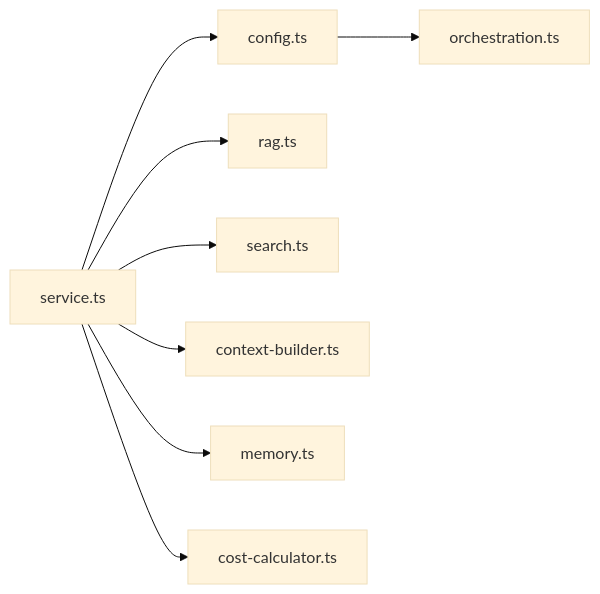
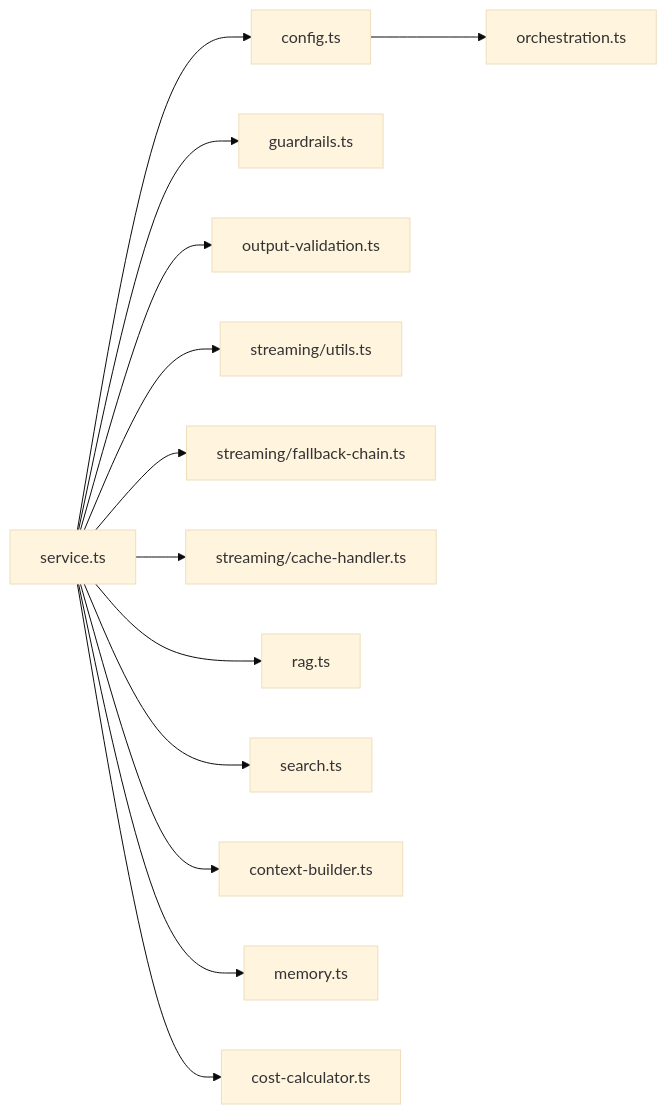
Before and after one commit to ecryptoguru/lyraalpha: diagram 13 of 13 in .qoder/repowiki/en/content/Core Features/AI Services Integration/AI Services Integration.md, drawn with Mermaid (base theme). The commit also changed other lines of this file and 95 other files, not shown here.

````diff
--- a/.qoder/repowiki/en/content/Core Features/AI Services Integration/AI Services Integration.md
+++ b/.qoder/repowiki/en/content/Core Features/AI Services Integration/AI Services Integration.md
@@ -539,10 +744,15 @@
 ```mermaid
 graph LR
 SVC["service.ts"] --> CFG["config.ts"]
+SVC --> GUARD["guardrails.ts"]
+SVC --> OUTVAL["output-validation.ts"]
+SVC --> STREAM["streaming/utils.ts"]
+SVC --> FALLBACK["streaming/fallback-chain.ts"]
+SVC --> CACHE["streaming/cache-handler.ts"]
 SVC --> RAG["rag.ts"]
 SVC --> SEARCH["search.ts"]
 SVC --> CTX["context-builder.ts"]
 SVC --> MEM["memory.ts"]
 SVC --> COST["cost-calculator.ts"]
 CFG --> ORCH["orchestration.ts"]
 ```
````
